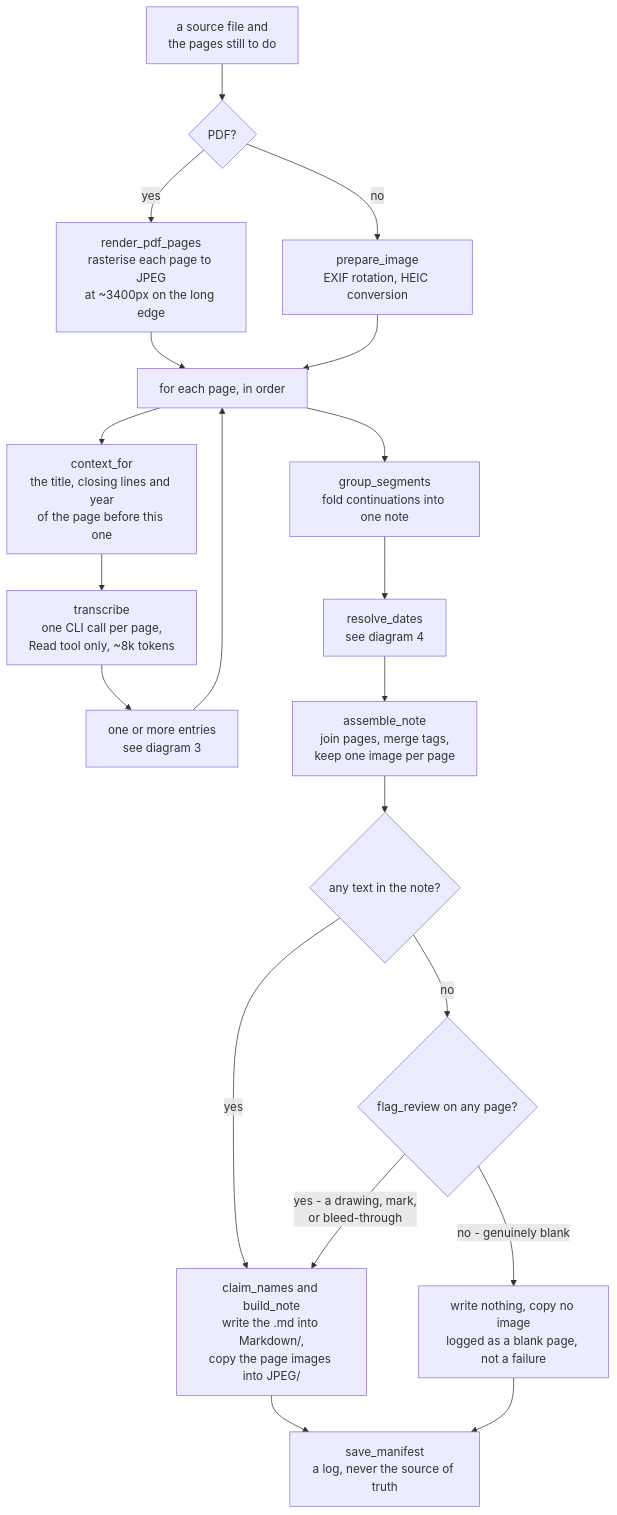
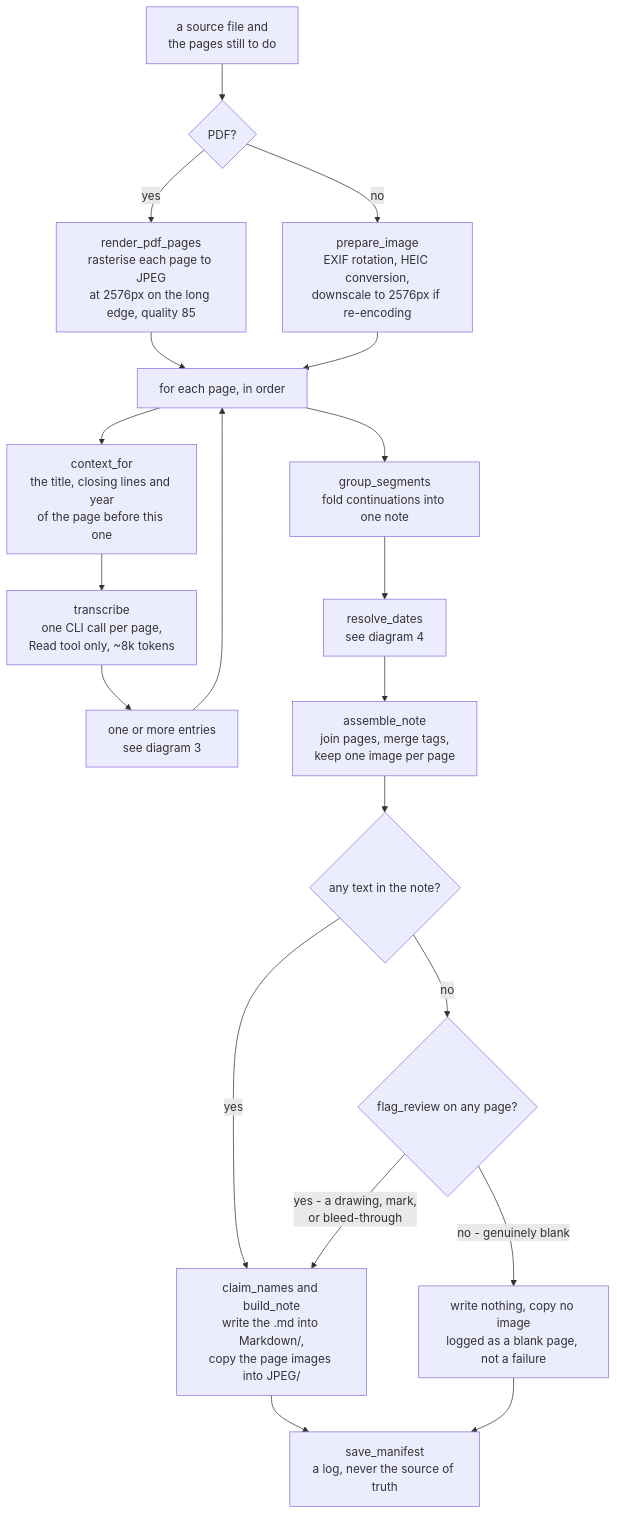
The second of 4 diagrams in WORKFLOW.md (leif-niehe/scan-notes), drawn with Mermaid before and after one commit. The commit also changed other lines of this file and 2 other files, not shown here.

First line of the commit message:
Archive pages at 2576px / quality 85 instead of 3400px / 95

````diff
--- a/WORKFLOW.md
+++ b/WORKFLOW.md
@@ -36,22 +37,22 @@
 ```mermaid
 flowchart TD
     A["a source file and<br/>the pages still to do"] --> B{"PDF?"}
-    B -->|"yes"| C["render_pdf_pages<br/>rasterise each page to JPEG<br/>at ~3400px on the long edge"]
-    B -->|"no"| D["prepare_image<br/>EXIF rotation, HEIC conversion"]
+    B -->|"yes"| C["render_pdf_pages<br/>rasterise each page to JPEG<br/>at 2576px on the long edge, quality 85"]
+    B -->|"no"| D["prepare_image<br/>EXIF rotation, HEIC conversion,<br/>downscale to 2576px if re-encoding"]
     C --> E["for each page, in order"]
     D --> E
     E --> F["context_for<br/>the title, closing lines and year<br/>of the page before this one"]
     F --> G["transcribe<br/>one CLI call per page,<br/>Read tool only, ~8k tokens"]
     G --> H["one or more entries<br/>see diagram 3"]
     H --> E
     E --> I["group_segments<br/>fold continuations into one note"]
     I --> J["resolve_dates<br/>see diagram 4"]
     J --> K["assemble_note<br/>join pages, merge tags,<br/>keep one image per page"]
     K --> K2{"any text in the note?"}
     K2 -->|"yes"| L["claim_names and build_note<br/>write the .md into Markdown/,<br/>copy the page images into JPEG/"]
     K2 -->|"no"| K4{"flag_review on any page?"}
     K4 -->|"no - genuinely blank"| K3["write nothing, copy no image<br/>logged as a blank page, not a failure"]
     K4 -->|"yes - a drawing, mark,<br/>or bleed-through"| L
     L --> M["save_manifest<br/>a log, never the source of truth"]
     K3 --> M
 ```
````
